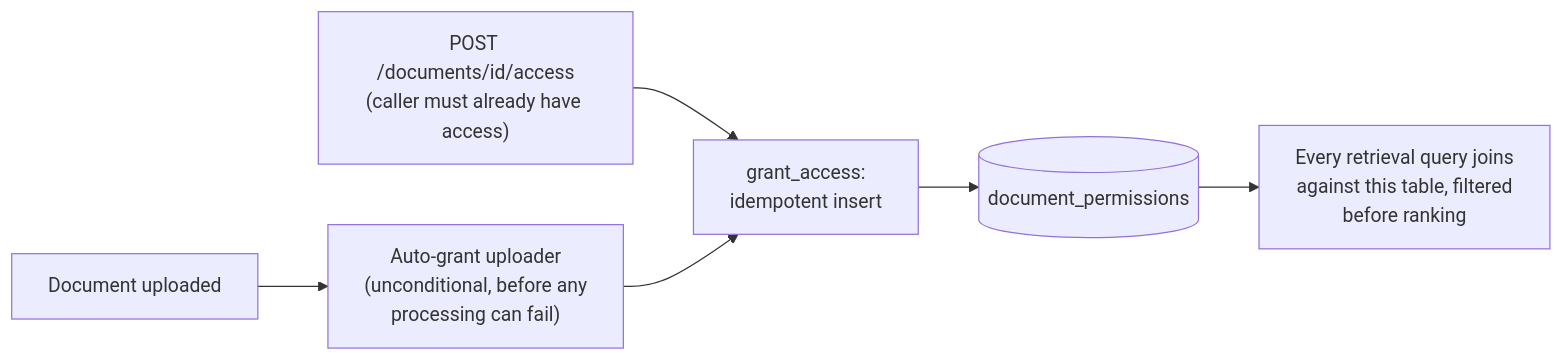
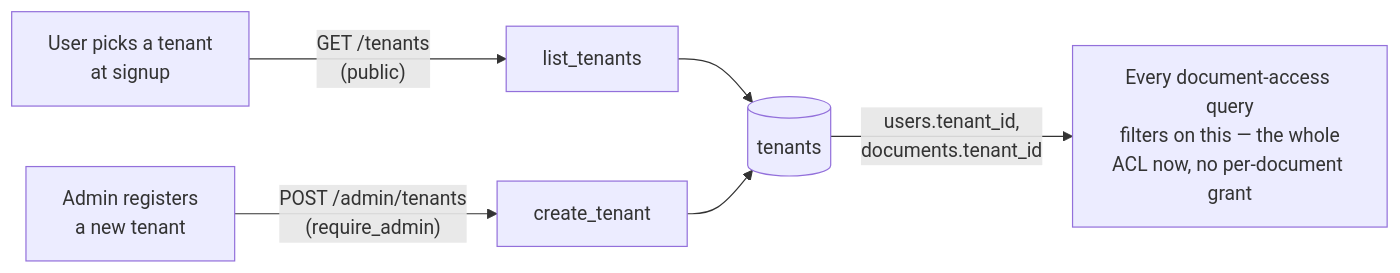
Before and after one commit to NavdeepTU/genai_projects: the fourth of 9 diagrams in knowledge-brain/docs/ARCHITECTURE.md, drawn with Mermaid. The commit also changed other lines of this file and 55 other files, not shown here.

First line of the commit message:
knowledge-brain: Multi-tenancy — tenant-wide sharing, per-user conversations (ADR-046)

````diff
--- a/knowledge-brain/docs/ARCHITECTURE.md
+++ b/knowledge-brain/docs/ARCHITECTURE.md
@@ -1253,8 +1332,8 @@
 ```mermaid
 flowchart LR
-    UP[Document uploaded] --> AUTO["Auto-grant uploader<br/>(unconditional, before any<br/>processing can fail)"]
-    SHARE["POST /documents/id/access<br/>(caller must already have access)"] --> GRANT[grant_access:<br/>idempotent insert]
-    AUTO --> GRANT
-    GRANT --> TABLE[(document_permissions)]
-    TABLE --> CHECK["Every retrieval query joins<br/>against this table, filtered<br/>before ranking"]
+    SIGNUP["User picks a tenant<br/>at signup"] -->|"GET /tenants<br/>(public)"| LIST[list_tenants]
+    ADMIN["Admin registers<br/>a new tenant"] -->|"POST /admin/tenants<br/>(require_admin)"| CREATE[create_tenant]
+    LIST --> TABLE[(tenants)]
+    CREATE --> TABLE
+    TABLE -->|"users.tenant_id,<br/>documents.tenant_id"| SCOPE["Every document-access query<br/>filters on this — the whole<br/>ACL now, no per-document grant"]
 ```
````
